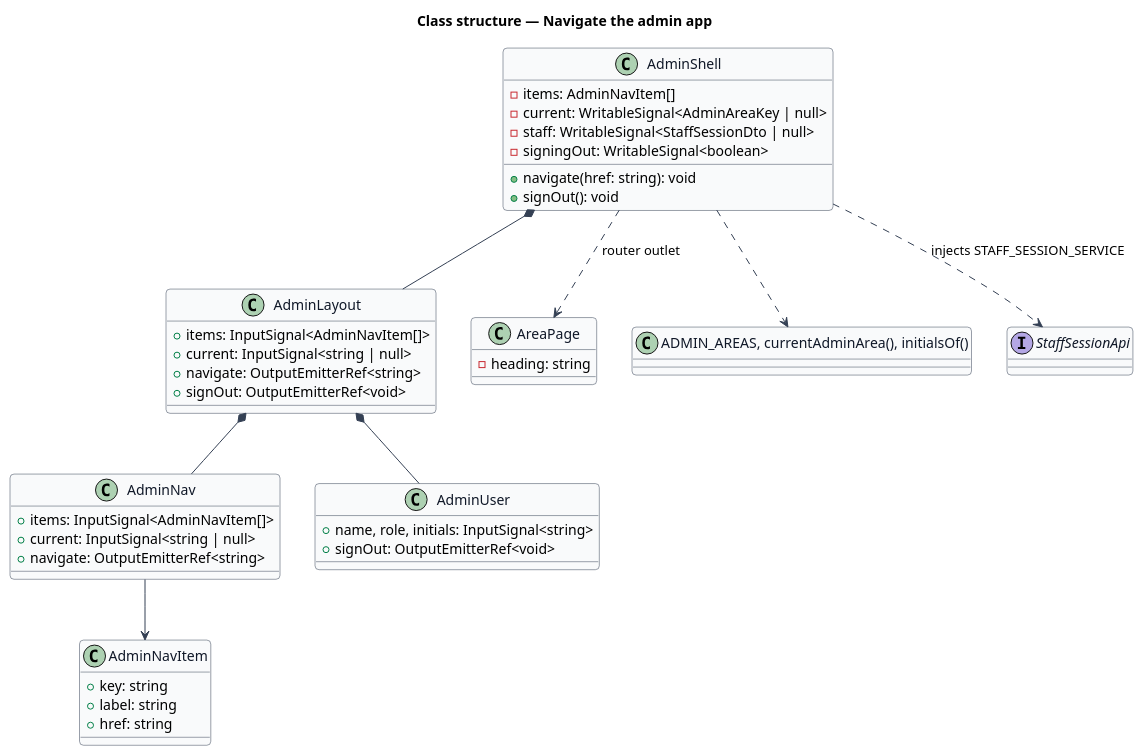
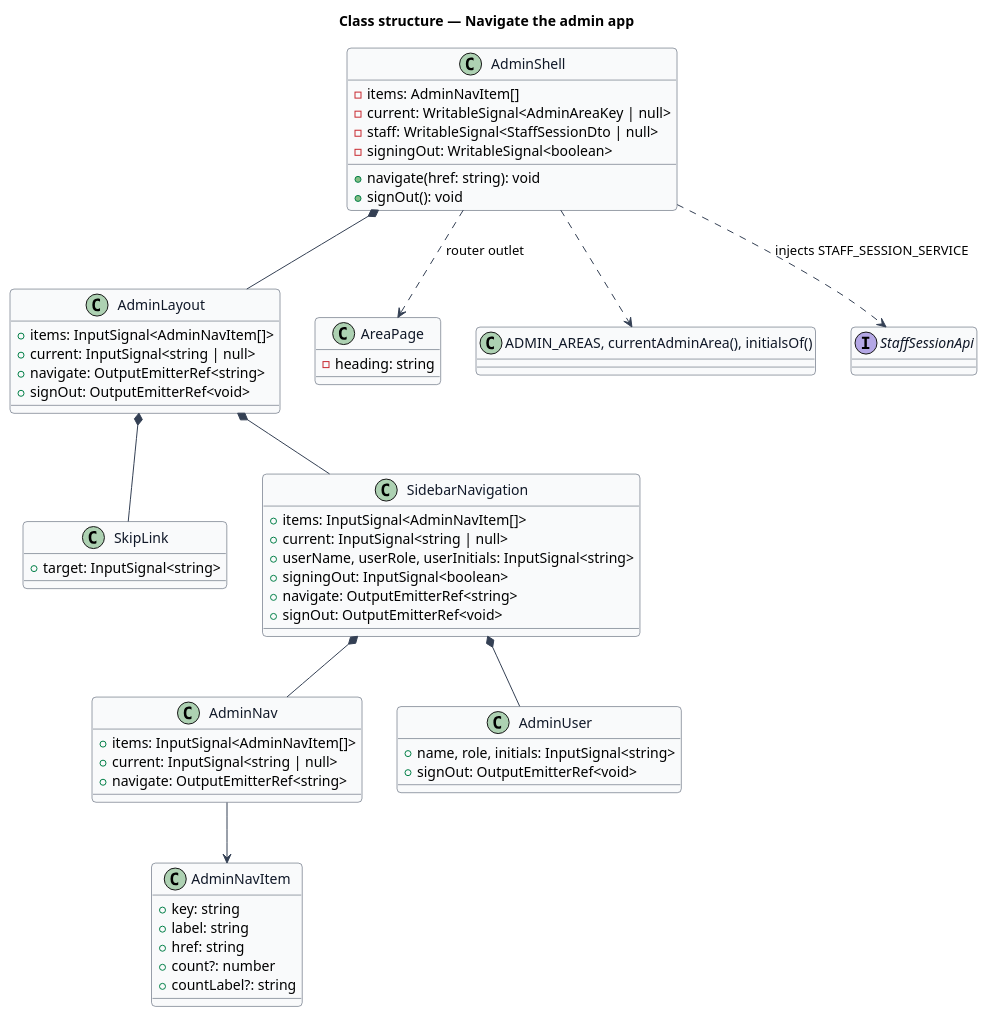
One commit to QuinntyneBrown/christian-fitness changed the diagram in docs/detailed-designs/admin-access/navigate-admin-app/diagrams/class.puml. Above: the diagram before and after it, drawn with PlantUML. The commit also changed 18 other files, not shown here.

```diff
--- a/docs/detailed-designs/admin-access/navigate-admin-app/diagrams/class.puml
+++ b/docs/detailed-designs/admin-access/navigate-admin-app/diagrams/class.puml
@@ -1,54 +1,69 @@
 @startuml
 skinparam backgroundColor #FFFFFF
 skinparam shadowing false
 skinparam roundcorner 8
 skinparam defaultFontName Arial
 skinparam ArrowColor #344054
 skinparam class {
   BorderColor #344054
   FontColor #101828
   BackgroundColor #F9FAFB
 }
 title Class structure — Navigate the admin app
 
 class AdminShell {
   -items: AdminNavItem[]
   -current: WritableSignal<AdminAreaKey | null>
   -staff: WritableSignal<StaffSessionDto | null>
   -signingOut: WritableSignal<boolean>
   +navigate(href: string): void
   +signOut(): void
 }
 class AdminLayout {
   +items: InputSignal<AdminNavItem[]>
   +current: InputSignal<string | null>
   +navigate: OutputEmitterRef<string>
   +signOut: OutputEmitterRef<void>
 }
+class SkipLink {
+  +target: InputSignal<string>
+}
+class SidebarNavigation {
+  +items: InputSignal<AdminNavItem[]>
+  +current: InputSignal<string | null>
+  +userName, userRole, userInitials: InputSignal<string>
+  +signingOut: InputSignal<boolean>
+  +navigate: OutputEmitterRef<string>
+  +signOut: OutputEmitterRef<void>
+}
 class AdminNav {
   +items: InputSignal<AdminNavItem[]>
   +current: InputSignal<string | null>
   +navigate: OutputEmitterRef<string>
 }
 class AdminUser {
   +name, role, initials: InputSignal<string>
   +signOut: OutputEmitterRef<void>
 }
 class AreaPage {
   -heading: string
 }
 class AdminNavItem {
   +key: string
   +label: string
   +href: string
+  +count?: number
+  +countLabel?: string
 }
 class "ADMIN_AREAS, currentAdminArea(), initialsOf()" as domain
 interface StaffSessionApi
 AdminShell *-- AdminLayout
-AdminLayout *-- AdminNav
-AdminLayout *-- AdminUser
+AdminLayout *-- SkipLink
+AdminLayout *-- SidebarNavigation
+SidebarNavigation *-- AdminNav
+SidebarNavigation *-- AdminUser
 AdminShell ..> AreaPage : router outlet
 AdminShell ..> StaffSessionApi : injects STAFF_SESSION_SERVICE
 AdminShell ..> domain
 AdminNav --> AdminNavItem
 @enduml
```
